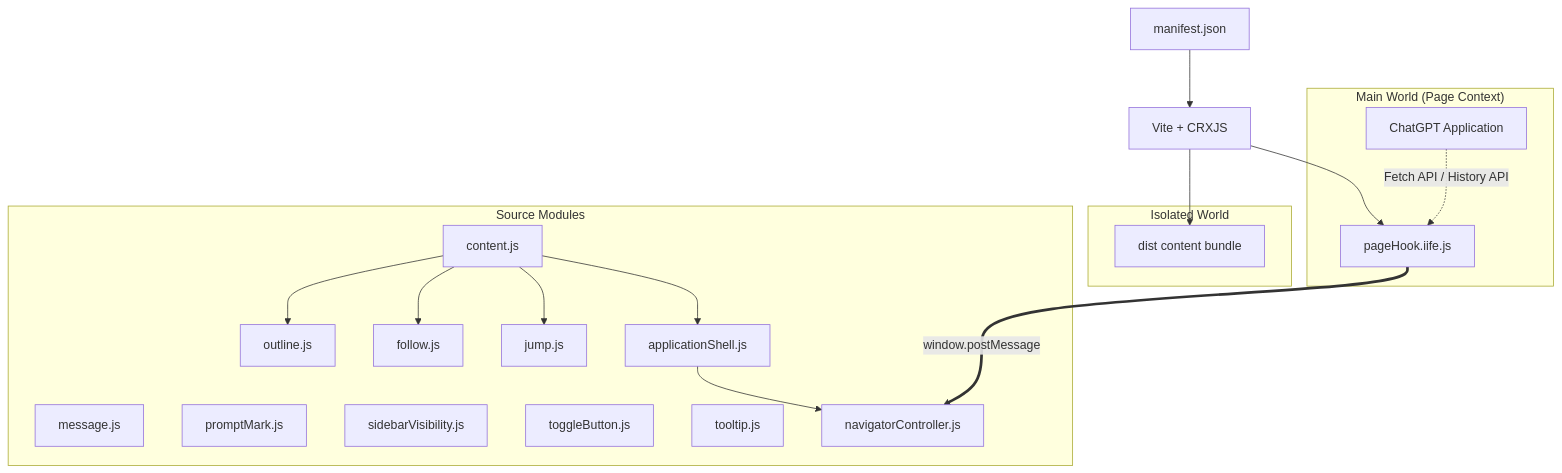
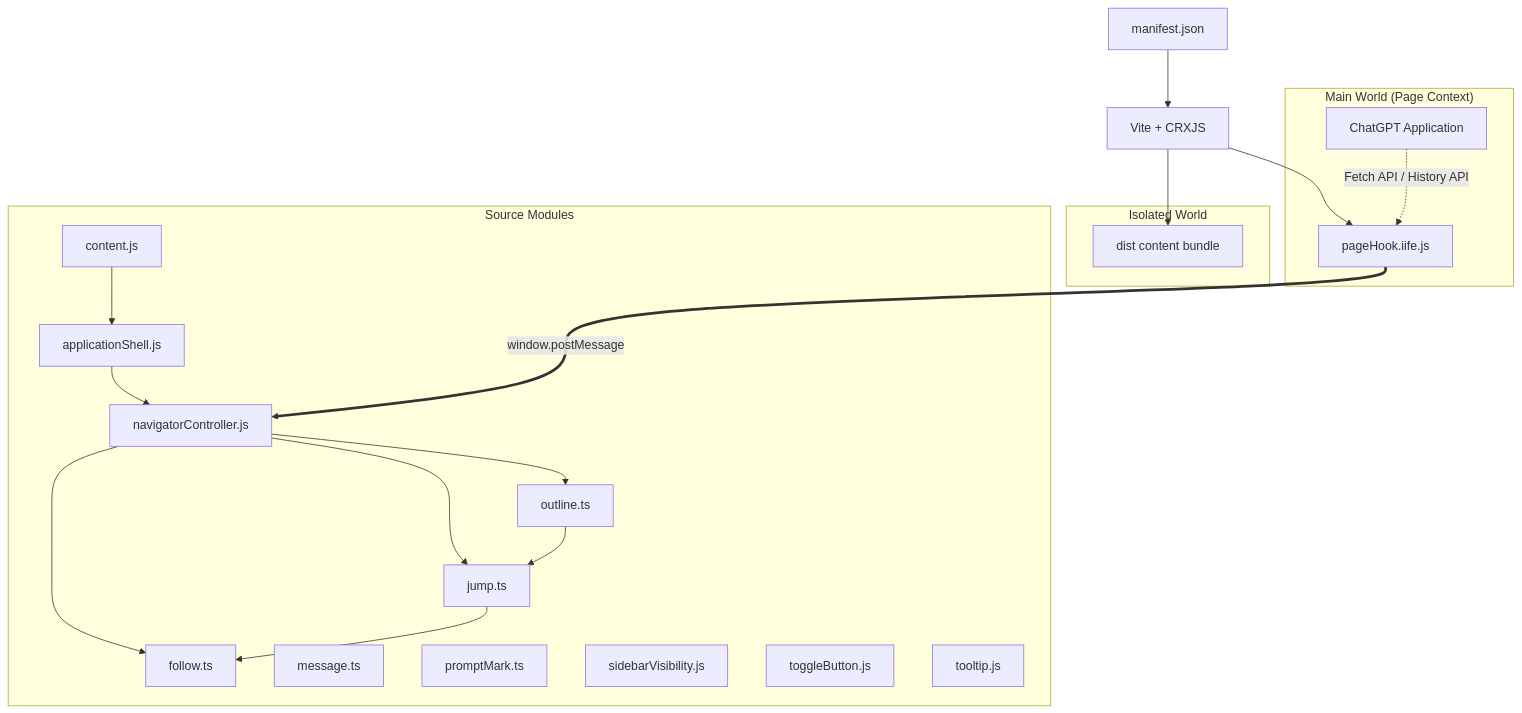
One commit to Leo7805/luna-toc changed the diagram in docs/ARCHITECTURE.md. Above: the diagram before and after it, drawn with Mermaid. The commit also changed other lines of this file and 12 other files, not shown here.

````diff
--- a/docs/ARCHITECTURE.md
+++ b/docs/ARCHITECTURE.md
@@ -15,39 +15,41 @@
 ```mermaid
 graph TD
     manifest[manifest.json]
     vite[Vite + CRXJS]
 
     subgraph sourceModules["Source Modules"]
         content[content.js]
-        outline[outline.js]
-        follow[follow.js]
-        jump[jump.js]
-        msg[message.js]
-        mark[promptMark.js]
+        outline[outline.ts]
+        follow[follow.ts]
+        jump[jump.ts]
+        msg[message.ts]
+        mark[promptMark.ts]
         vis[sidebarVisibility.js]
         btn[toggleButton.js]
         tip[tooltip.js]
         navigator[navigatorController.js]
         shell[applicationShell.js]
     end
 
     subgraph isolatedWorld["Isolated World"]
         contentBundle[dist content bundle]
     end
 
     subgraph mainWorld["Main World (Page Context)"]
         hook[pageHook.iife.js]
         chatgpt[ChatGPT Application]
     end
 
     manifest --> vite
-    content --> outline
-    content --> follow
-    content --> jump
     content --> shell
     shell --> navigator
+    navigator --> outline
+    navigator --> jump
+    navigator --> follow
+    outline --> jump
+    jump --> follow
     vite --> contentBundle
     vite --> hook
     hook ===>|window.postMessage| navigator
     chatgpt -.->|Fetch API / History API| hook
 ```
````
